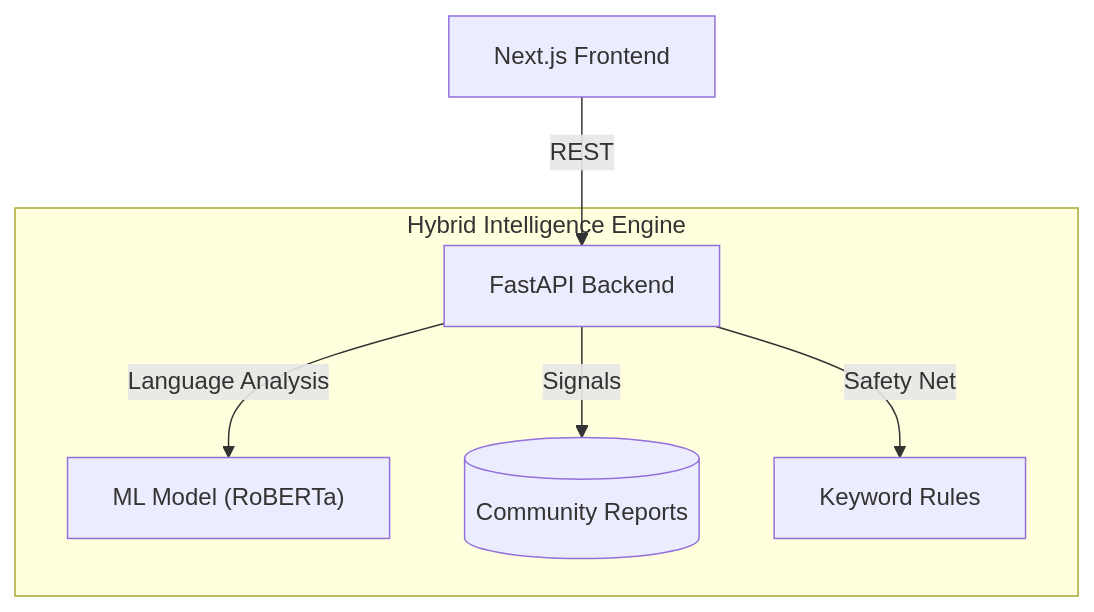
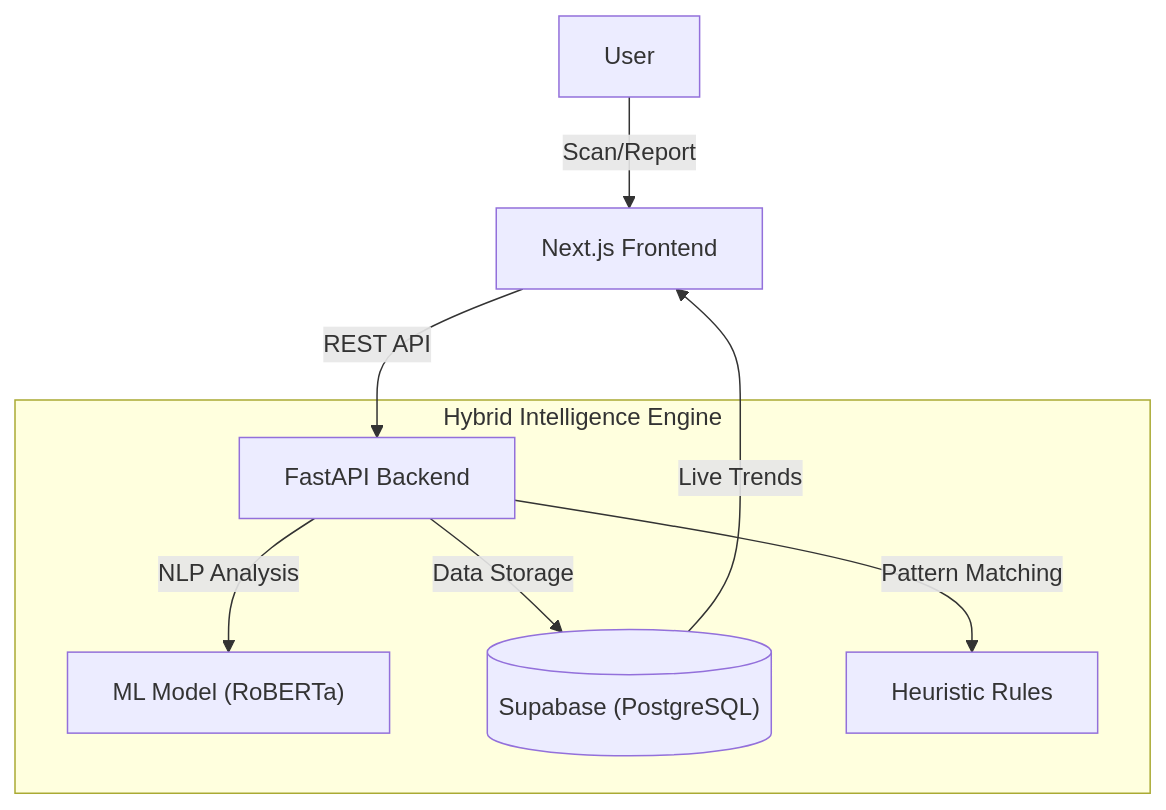
One commit to Priyanshuu-31/scam-app changed the diagram in README.md. Above: the diagram before and after it, drawn with Mermaid. The commit also changed other lines of this file and 4 other files, not shown here.

Commit message:
fix(frontend): Use environment variable for API URL

````diff
--- a/README.md
+++ b/README.md
@@ -7,10 +45,13 @@
 ```mermaid
 graph TD
-    Client["Next.js Frontend"] -->|REST| API["FastAPI Backend"]
+    User[User] -->|Scan/Report| Client["Next.js Frontend"]
+    Client -->|REST API| API["FastAPI Backend"]
     
     subgraph "Hybrid Intelligence Engine"
-        API -->|Language Analysis| ML["ML Model (RoBERTa)"]
-        API -->|Signals| DB[("Community Reports")]
-        API -->|Safety Net| Rules["Keyword Rules"]
+        API -->|NLP Analysis| ML["ML Model (RoBERTa)"]
+        API -->|Data Storage| DB[("Supabase (PostgreSQL)")]
+        API -->|Pattern Matching| Rules["Heuristic Rules"]
     end
+    
+    DB -->|Live Trends| Client
 ```
````
